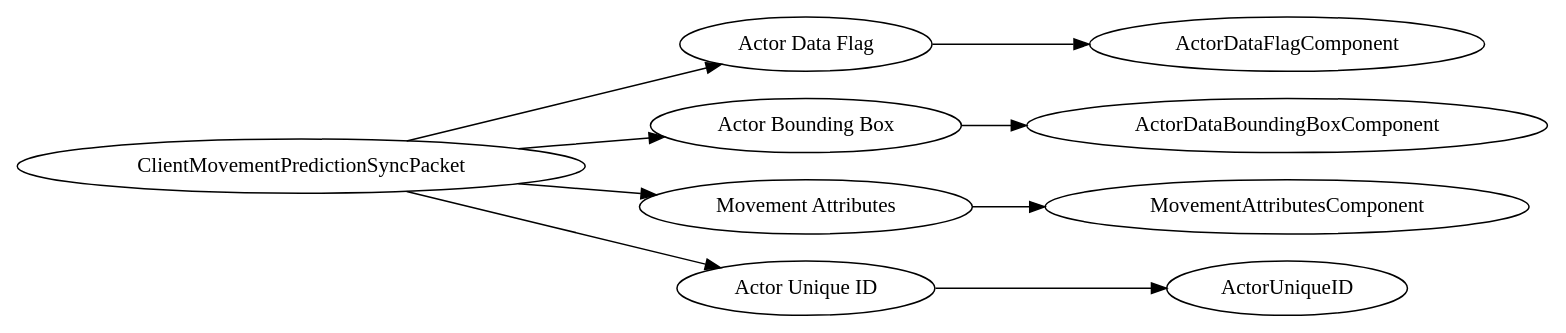
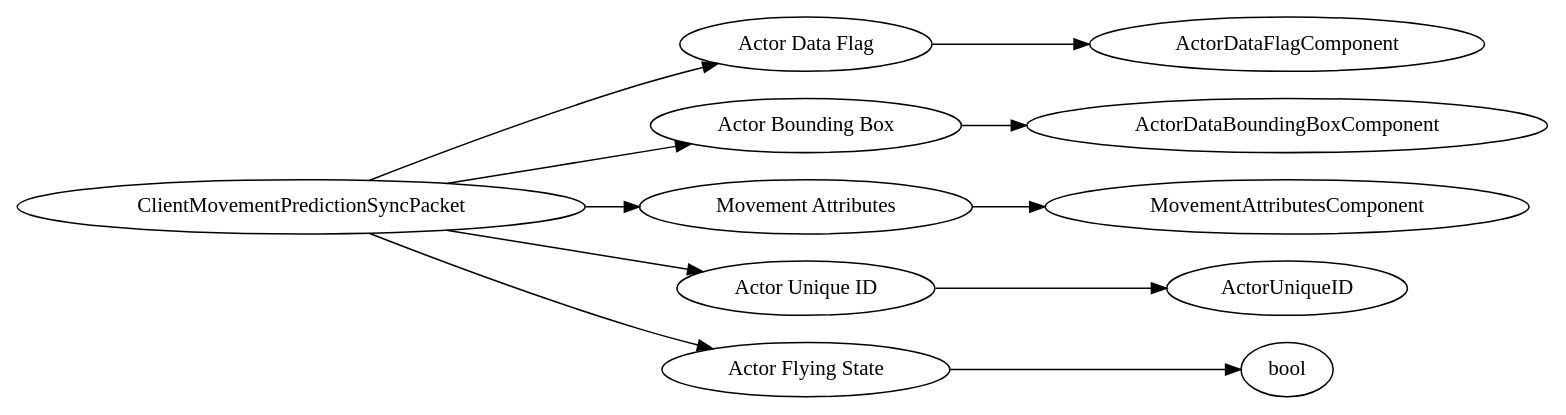
The diagram in dot/ClientMovementPredictionSyncPacket.dot (Mojang/bedrock-protocol-docs), drawn with Graphviz before and after one commit. The commit also changed 39 other files, not shown here.

```diff
--- a/dot/ClientMovementPredictionSyncPacket.dot
+++ b/dot/ClientMovementPredictionSyncPacket.dot
@@ -1,24 +1,28 @@
 digraph "ClientMovementPredictionSyncPacket" {
 rankdir = LR
 0
 0 -> 1
 1 -> 8
 0 -> 9
 9 -> 17
 0 -> 18
 18 -> 32
 0 -> 33
 33 -> 34
+0 -> 35
+35 -> 39
 
 0 [label="ClientMovementPredictionSyncPacket",comment="name: \"ClientMovementPredictionSyncPacket\", typeName: \"\", id: 0, branchId: 322, recurseId: -1, attributes: 0, notes: \"\""];
 1 [label="Actor Data Flag",comment="name: \"Actor Data Flag\", typeName: \"ActorDataFlagComponent\", id: 1, branchId: 0, recurseId: -1, attributes: 256, notes: \"\""];
 8 [label="ActorDataFlagComponent",comment="name: \"ActorDataFlagComponent\", typeName: \"\", id: 8, branchId: 0, recurseId: -1, attributes: 512, notes: \"\""];
 9 [label="Actor Bounding Box",comment="name: \"Actor Bounding Box\", typeName: \"ActorDataBoundingBoxComponent\", id: 9, branchId: 0, recurseId: -1, attributes: 256, notes: \"\""];
 17 [label="ActorDataBoundingBoxComponent",comment="name: \"ActorDataBoundingBoxComponent\", typeName: \"\", id: 17, branchId: 0, recurseId: -1, attributes: 512, notes: \"\""];
 18 [label="Movement Attributes",comment="name: \"Movement Attributes\", typeName: \"MovementAttributesComponent\", id: 18, branchId: 0, recurseId: -1, attributes: 256, notes: \"\""];
 32 [label="MovementAttributesComponent",comment="name: \"MovementAttributesComponent\", typeName: \"\", id: 32, branchId: 0, recurseId: -1, attributes: 512, notes: \"\""];
 33 [label="Actor Unique ID",comment="name: \"Actor Unique ID\", typeName: \"ActorUniqueID\", id: 33, branchId: 0, recurseId: -1, attributes: 256, notes: \"\""];
 34 [label="ActorUniqueID",comment="name: \"ActorUniqueID\", typeName: \"\", id: 34, branchId: 0, recurseId: -1, attributes: 512, notes: \"\""];
-{ rank = max;8;17;32;34}
+35 [label="Actor Flying State",comment="name: \"Actor Flying State\", typeName: \"bool\", id: 35, branchId: 0, recurseId: -1, attributes: 256, notes: \"\""];
+39 [label="bool",comment="name: \"bool\", typeName: \"\", id: 39, branchId: 0, recurseId: -1, attributes: 512, notes: \"\""];
+{ rank = max;8;17;32;34;39}
 
 }
```
